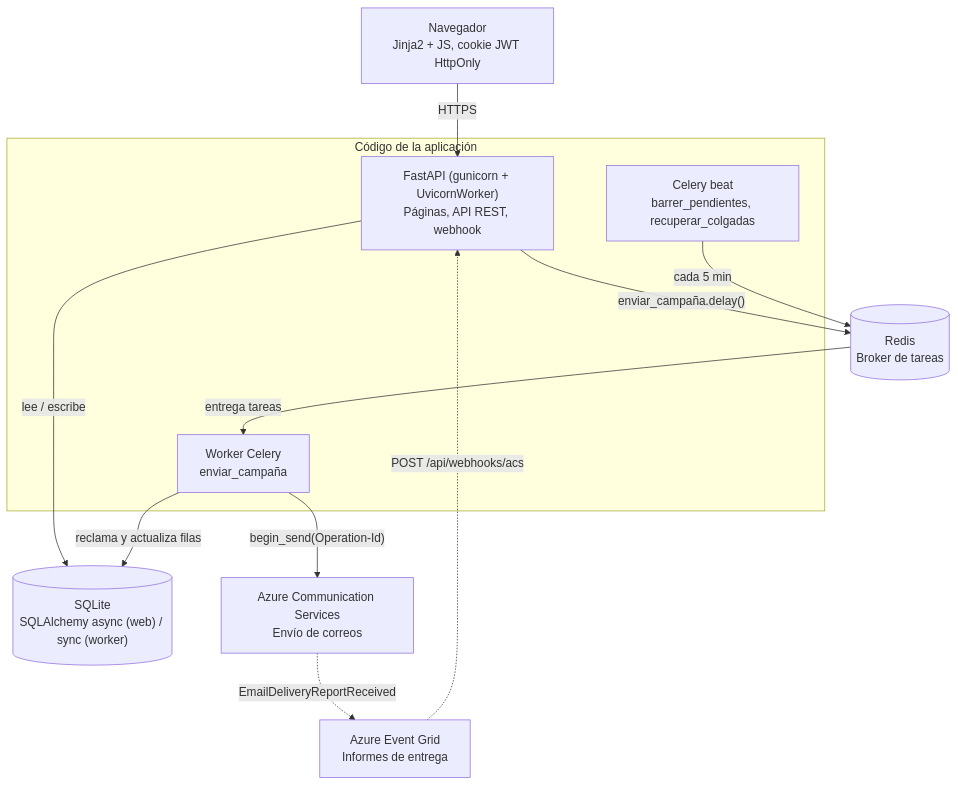
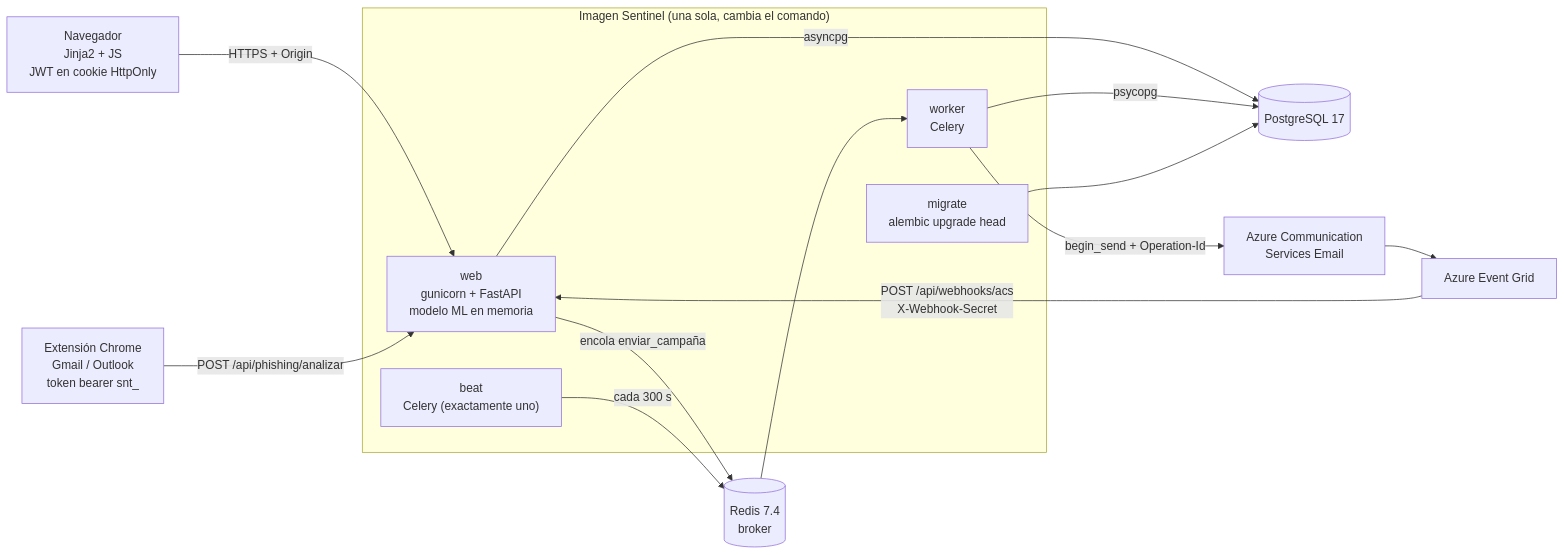
Before and after one commit to josefranco05/security-awareness-documentacion: the first of 6 diagrams in sentinel-documentacion.md, drawn with Mermaid. The commit also changed other lines of this file, not shown here.

Commit message:
Se actualiza la documentacion tecnica para incluir las nuevas historias de usuario y explicaciones correctas para produccion.

````diff
--- a/sentinel-documentacion.md
+++ b/sentinel-documentacion.md
@@ -24,25 +16,29 @@
 ```mermaid
-flowchart TB
-    nav["Navegador<br/>Jinja2 + JS, cookie JWT HttpOnly"]
-    eg["Azure Event Grid<br/>Informes de entrega"]
+flowchart LR
+    nav["Navegador<br/>Jinja2 + JS<br/>JWT en cookie HttpOnly"]
+    ext["Extensión Chrome<br/>Gmail / Outlook<br/>token bearer snt_"]
 
-    subgraph app["Código de la aplicación"]
-        web["FastAPI (gunicorn + UvicornWorker)<br/>Páginas, API REST, webhook"]
-        worker["Worker Celery<br/>enviar_campaña"]
-        beat["Celery beat<br/>barrer_pendientes, recuperar_colgadas"]
+    subgraph img["Imagen Sentinel (una sola, cambia el comando)"]
+        web["web<br/>gunicorn + FastAPI<br/>modelo ML en memoria"]
+        worker["worker<br/>Celery"]
+        beat["beat<br/>Celery (exactamente uno)"]
+        migrate["migrate<br/>alembic upgrade head"]
     end
 
-    redis[("Redis<br/>Broker de tareas")]
-    db[("SQLite<br/>SQLAlchemy async (web) / sync (worker)")]
-    acs["Azure Communication Services<br/>Envío de correos"]
+    pg[("PostgreSQL 17")]
+    redis[("Redis 7.4<br/>broker")]
+    acs["Azure Communication<br/>Services Email"]
+    eg["Azure Event Grid"]
 
-    nav -- "HTTPS" --> web
-    web -- "lee / escribe" --> db
-    web -- "enviar_campaña.delay()" --> redis
-    beat -- "cada 5 min" --> redis
-    redis -- "entrega tareas" --> worker
-    worker -- "reclama y actualiza filas" --> db
-    worker -- "begin_send(Operation-Id)" --> acs
-    acs -. "EmailDeliveryReportReceived" .-> eg
-    eg -. "POST /api/webhooks/acs" .-> web
+    nav -- "HTTPS + Origin" --> web
+    ext -- "POST /api/phishing/analizar" --> web
+    web -- "asyncpg" --> pg
+    web -- "encola enviar_campaña" --> redis
+    beat -- "cada 300 s" --> redis
+    redis --> worker
+    worker -- "psycopg" --> pg
+    worker -- "begin_send + Operation-Id" --> acs
+    acs --> eg
+    eg -- "POST /api/webhooks/acs<br/>X-Webhook-Secret" --> web
+    migrate --> pg
 ```
````
